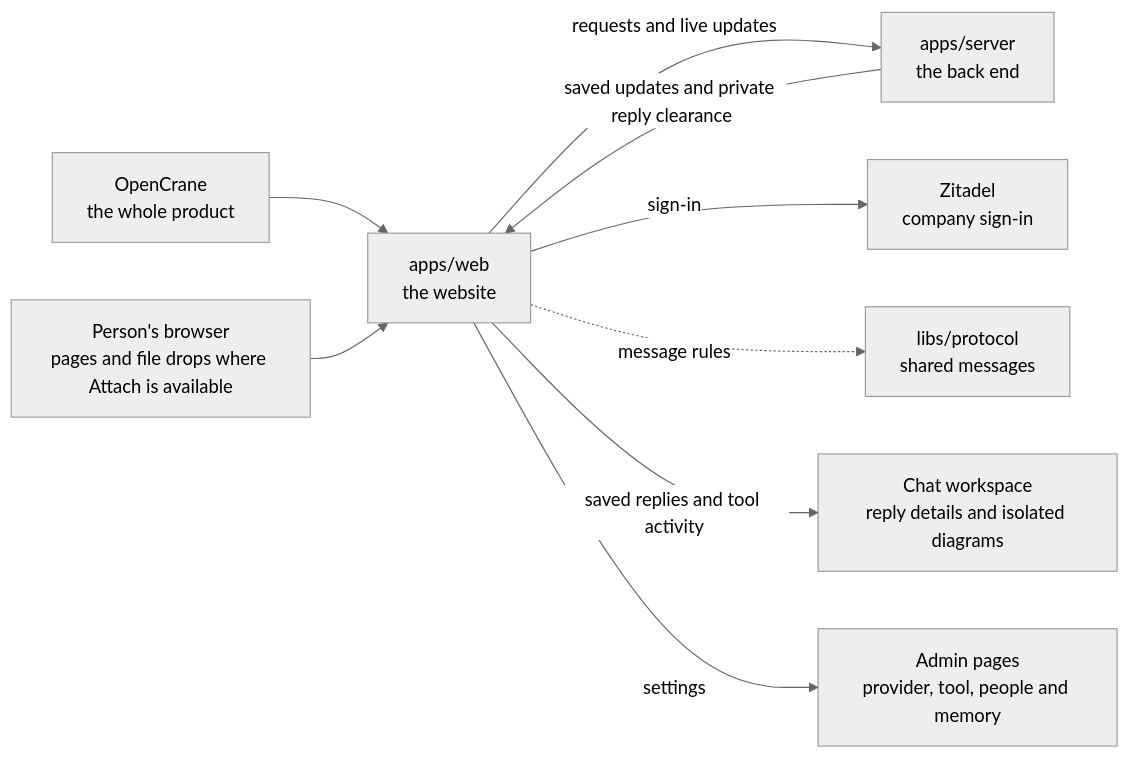
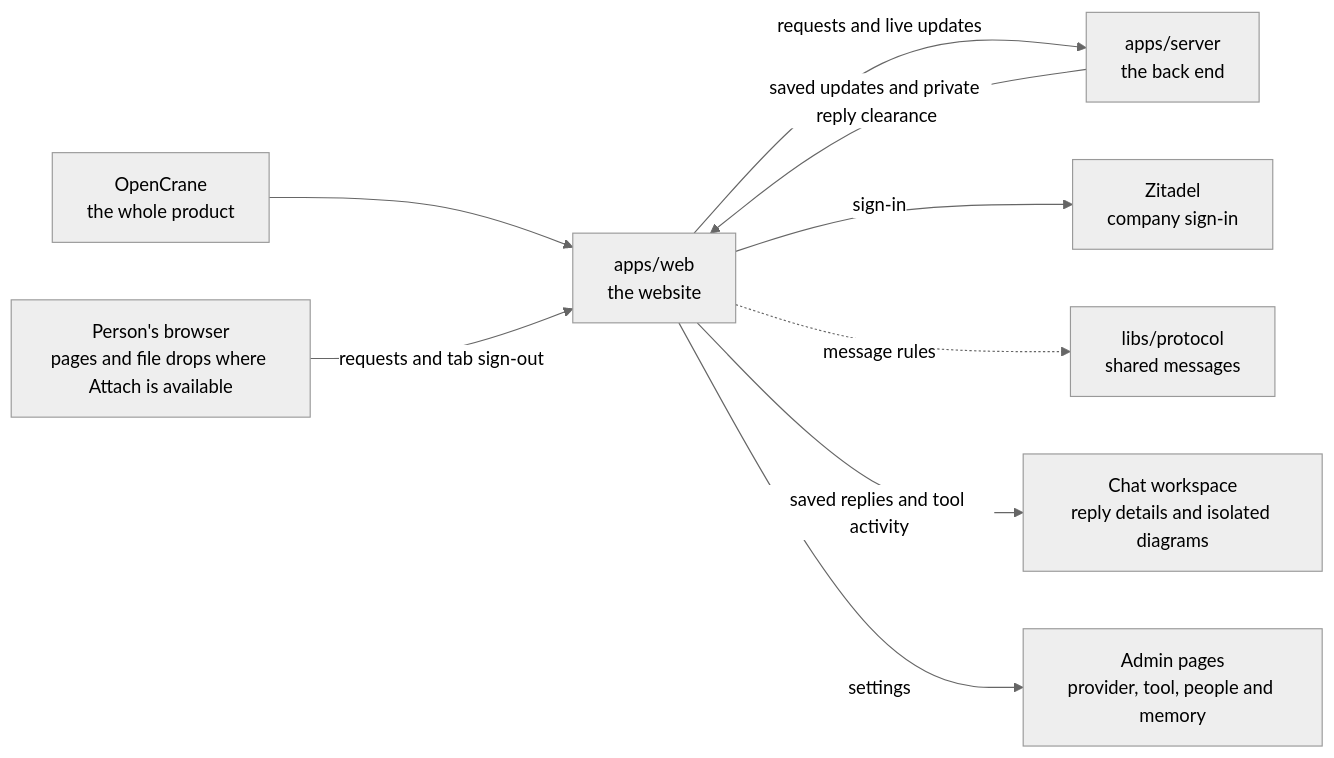
One commit to elewa-git/opencrane-new changed the diagram in apps/web/README.md. Above: the diagram before and after it, drawn with Mermaid (neutral theme). The commit also changed other lines of this file and 11 other files, not shown here.

Commit message:
📝 Explain sign-out clearance and its transport limits

````diff
--- a/apps/web/README.md
+++ b/apps/web/README.md
@@ -16,11 +16,11 @@
 ```mermaid
 flowchart LR
   system["OpenCrane<br/>the whole product"] --> web["apps/web<br/>the website"]
-  browser["Person's browser<br/>pages and file drops where Attach is available"] --> web
+  browser["Person's browser<br/>pages and file drops where Attach is available"] -->|requests and tab sign-out| web
   web -->|requests and live updates| server["apps/server<br/>the back end"]
   server -->|saved updates and private reply clearance| web
   web -->|sign-in| zitadel["Zitadel<br/>company sign-in"]
   web -.->|message rules| protocol["libs/protocol<br/>shared messages"]
   web -->|saved replies and tool activity| capture["Chat workspace<br/>reply details and isolated diagrams"]
   web -->|settings| admin["Admin pages<br/>provider, tool, people and memory"]
 ```
````
